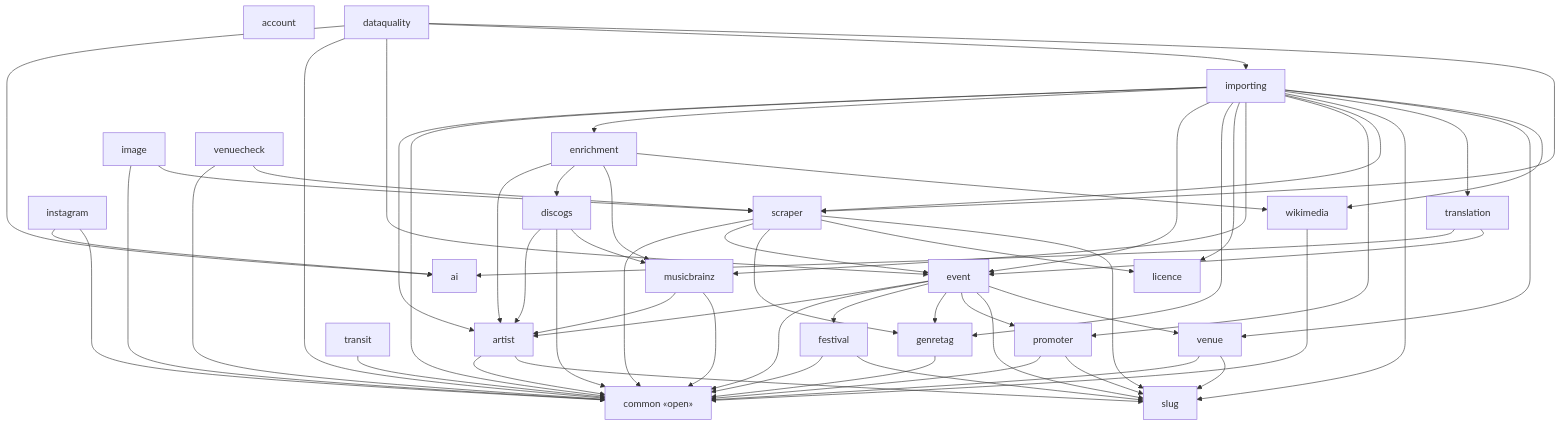
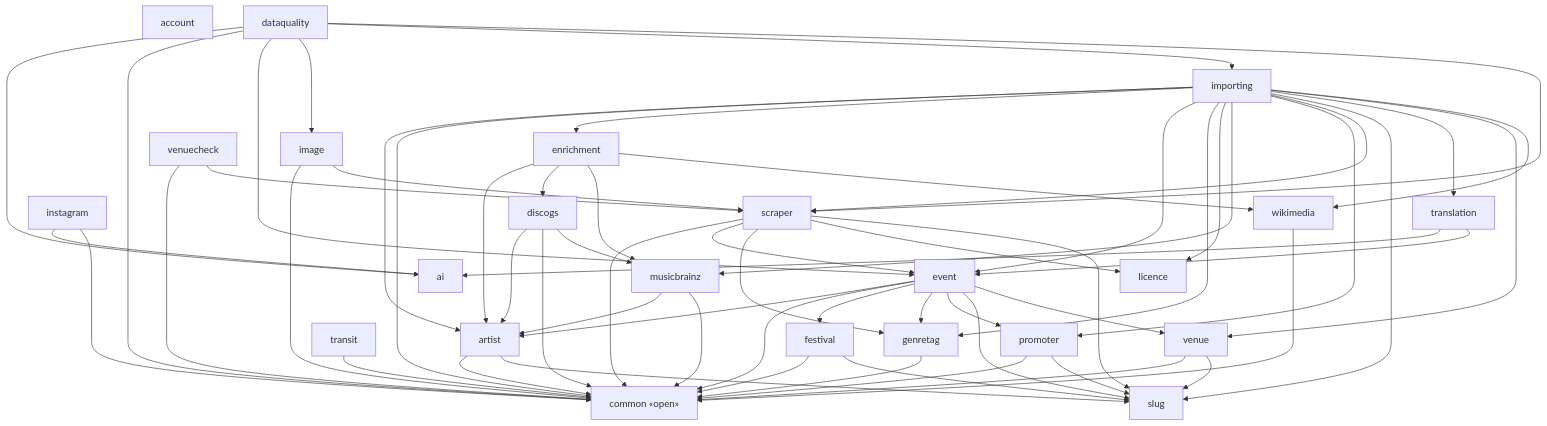
One commit to enorm-labs/event-junkie changed the diagram in docs/architecture/modules-events-importer.md. Above: the diagram before and after it, drawn with Mermaid. The commit also changed 27 other files, not shown here.

```diff
--- a/docs/architecture/modules-events-importer.md
+++ b/docs/architecture/modules-events-importer.md
@@ -37,6 +37,7 @@
     dataquality --> ai
     dataquality --> common
     dataquality --> event
+    dataquality --> image
     dataquality --> importing
     dataquality --> scraper
     discogs --> artist
```
